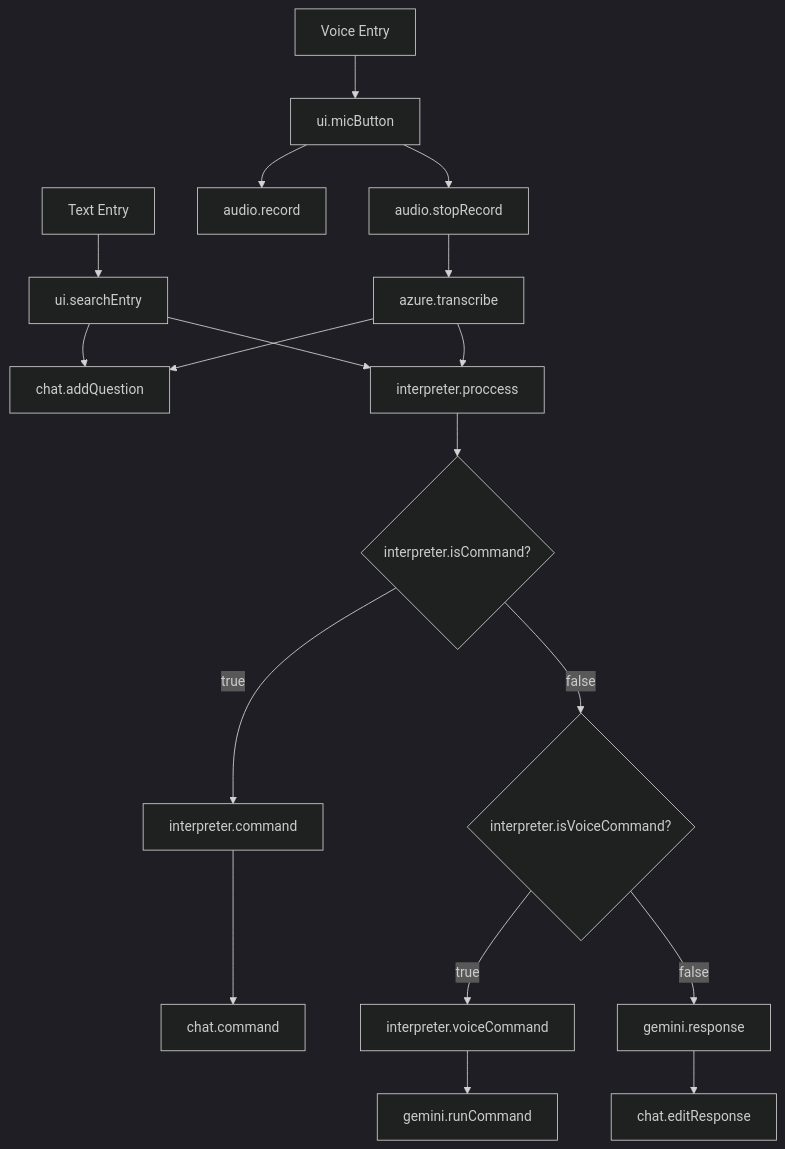
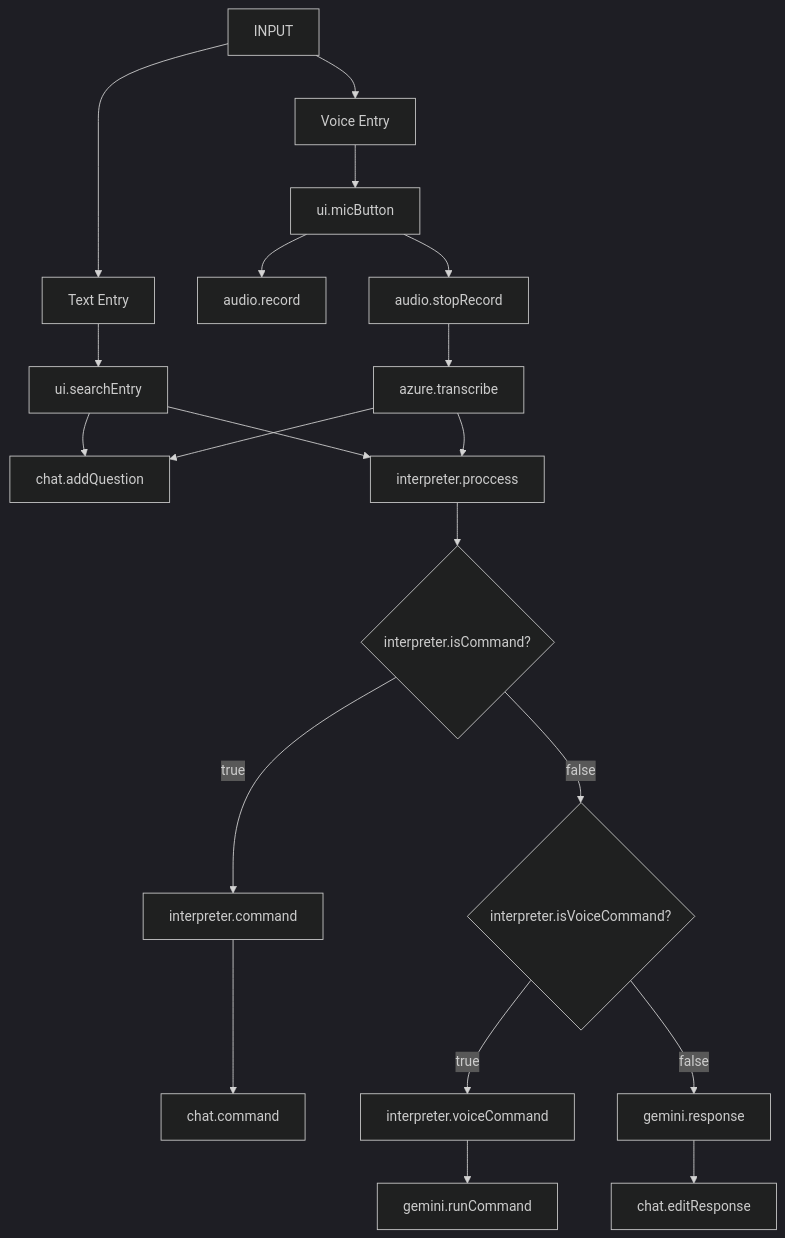
Before and after one commit to hermannhahn/aiva: the diagram in Flowchart.md, drawn with Mermaid (dark theme). The commit also changed 2 other files, not shown here.

````diff
--- a/Flowchart.md
+++ b/Flowchart.md
@@ -1,24 +1,28 @@
 ```mermaid
 graph TD
-    %% Text Entry
+    %% INPUT
+    INPUT[INPUT] --> TEXTENTRY[textEntry]
+    INPUT --> VOICEENTRY[voiceEntry]
+
+    %% TEXT
     TEXTENTRY[Text Entry] --> A[ui.searchEntry]
     A --> B[chat.addQuestion]
     A --> C[interpreter.proccess]
 
-    %% Voice Entry
+    %% VOICE
     VOICEENTRY[Voice Entry] --> D[ui.micButton]
     D --> E[audio.record]
     D --> F[audio.stopRecord]
 
     %% Audio
     F --> G[azure.transcribe]
     G --> B
     G --> C
 
     %% Interpreter
     C --> H{interpreter.isCommand?}
     H -- true --> I[interpreter.command] --> J[chat.command]
     H -- false --> K{interpreter.isVoiceCommand?}
     K -- true --> L[interpreter.voiceCommand] --> M[gemini.runCommand]
     K -- false --> N[gemini.response] --> O[chat.editResponse]
 ```
````
